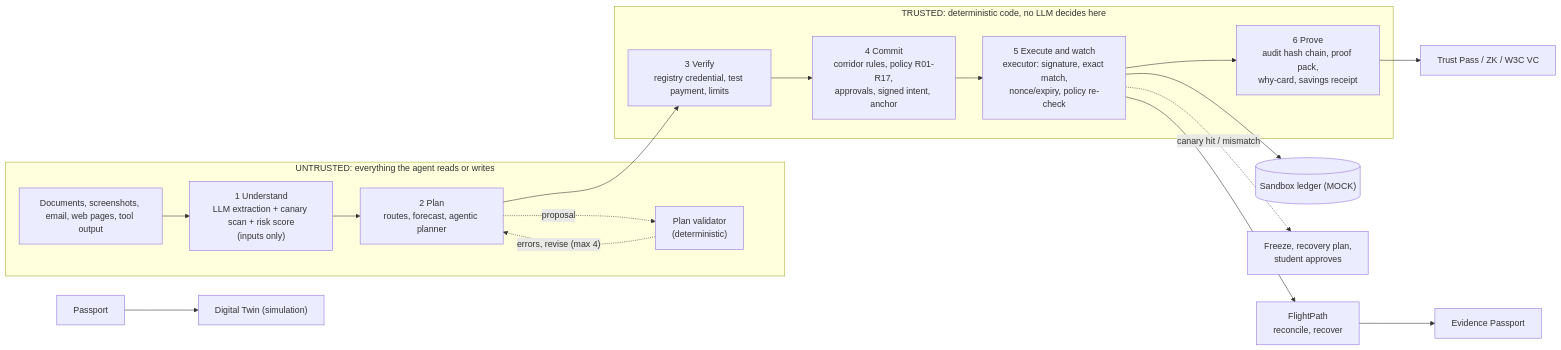
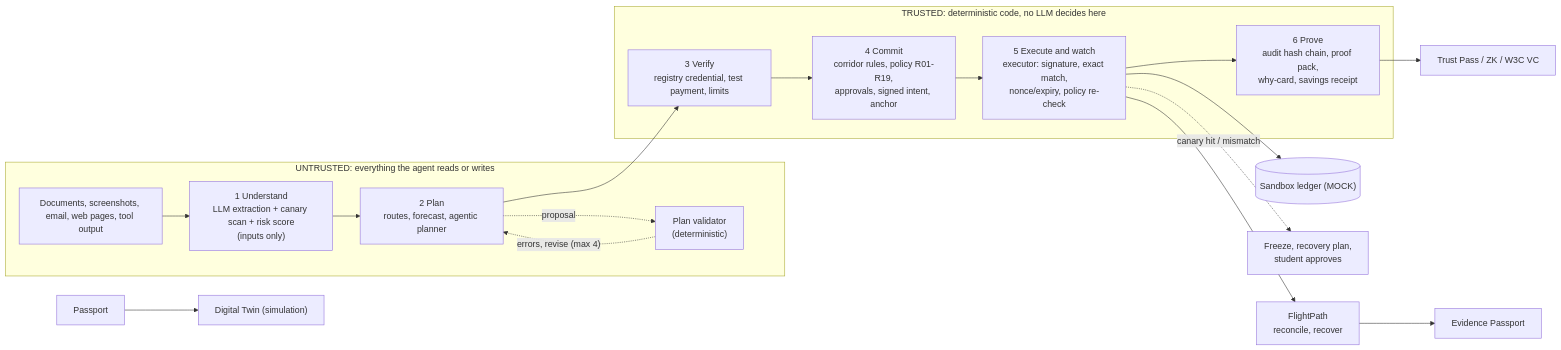
Before and after one commit to gk-936/oasis: the diagram in docs/full-overview.md, drawn with Mermaid. The commit also changed other lines of this file and 107 other files, not shown here.

````diff
--- a/docs/full-overview.md
+++ b/docs/full-overview.md
@@ -200,21 +200,21 @@
 ```mermaid
 flowchart LR
   subgraph U["UNTRUSTED: everything the agent reads or writes"]
     D["Documents, screenshots, email, web pages, tool output"] --> S1["1 Understand<br/>LLM extraction + canary scan + risk score<br/>(inputs only)"]
     S1 --> S2["2 Plan<br/>routes, forecast, agentic planner"]
     S2 -. "proposal" .-> V["Plan validator<br/>(deterministic)"]
     V -. "errors, revise (max 4)" .-> S2
   end
   S2 --> S3
   subgraph T["TRUSTED: deterministic code, no LLM decides here"]
-    S3["3 Verify<br/>registry credential, test payment, limits"] --> S4["4 Commit<br/>corridor rules, policy R01-R17,<br/>approvals, signed intent, anchor"]
+    S3["3 Verify<br/>registry credential, test payment, limits"] --> S4["4 Commit<br/>corridor rules, policy R01-R19,<br/>approvals, signed intent, anchor"]
     S4 --> S5["5 Execute and watch<br/>executor: signature, exact match,<br/>nonce/expiry, policy re-check"]
     S5 --> S6["6 Prove<br/>audit hash chain, proof pack,<br/>why-card, savings receipt"]
   end
   S5 --> L[("Sandbox ledger (MOCK)")]
   S5 -. "canary hit / mismatch" .-> F["Freeze, recovery plan,<br/>student approves"]
   S5 --> FP["FlightPath<br/>reconcile, recover"]
   FP --> EP["Evidence Passport"]
   S6 --> TP["Trust Pass / ZK / W3C VC"]
   P["Passport"] --> TW["Digital Twin (simulation)"]
 ```
````
